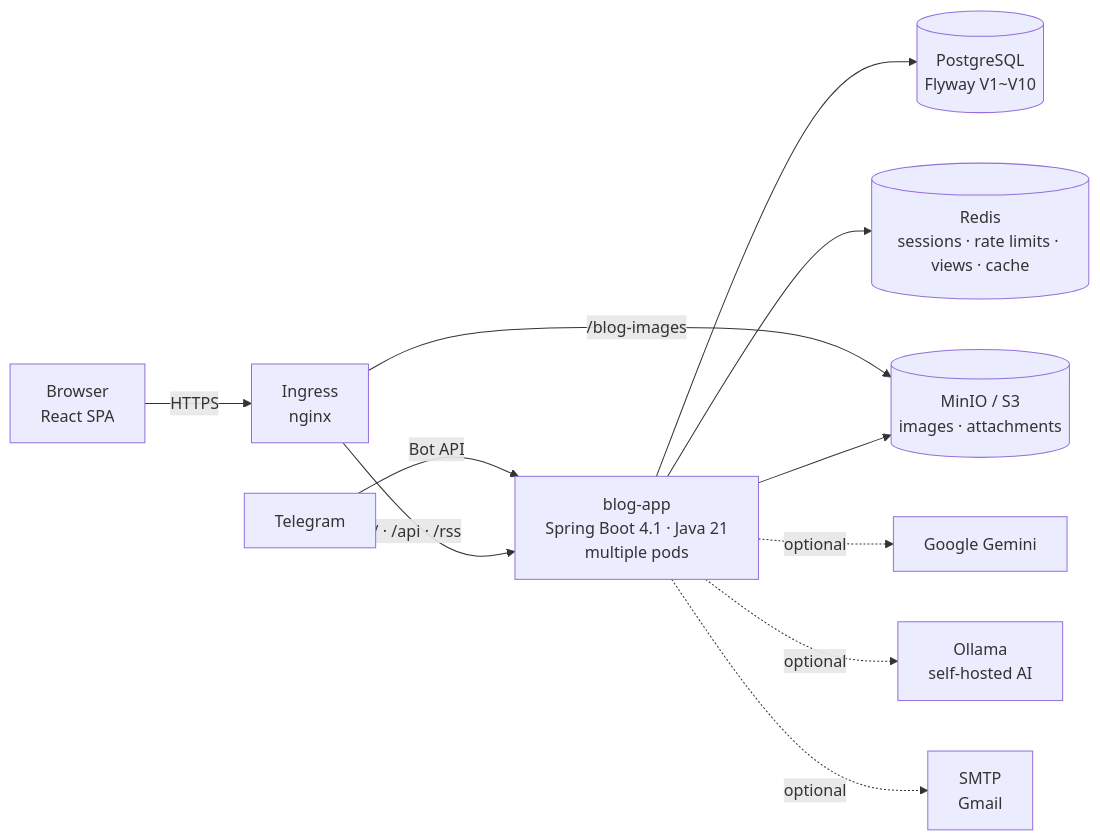
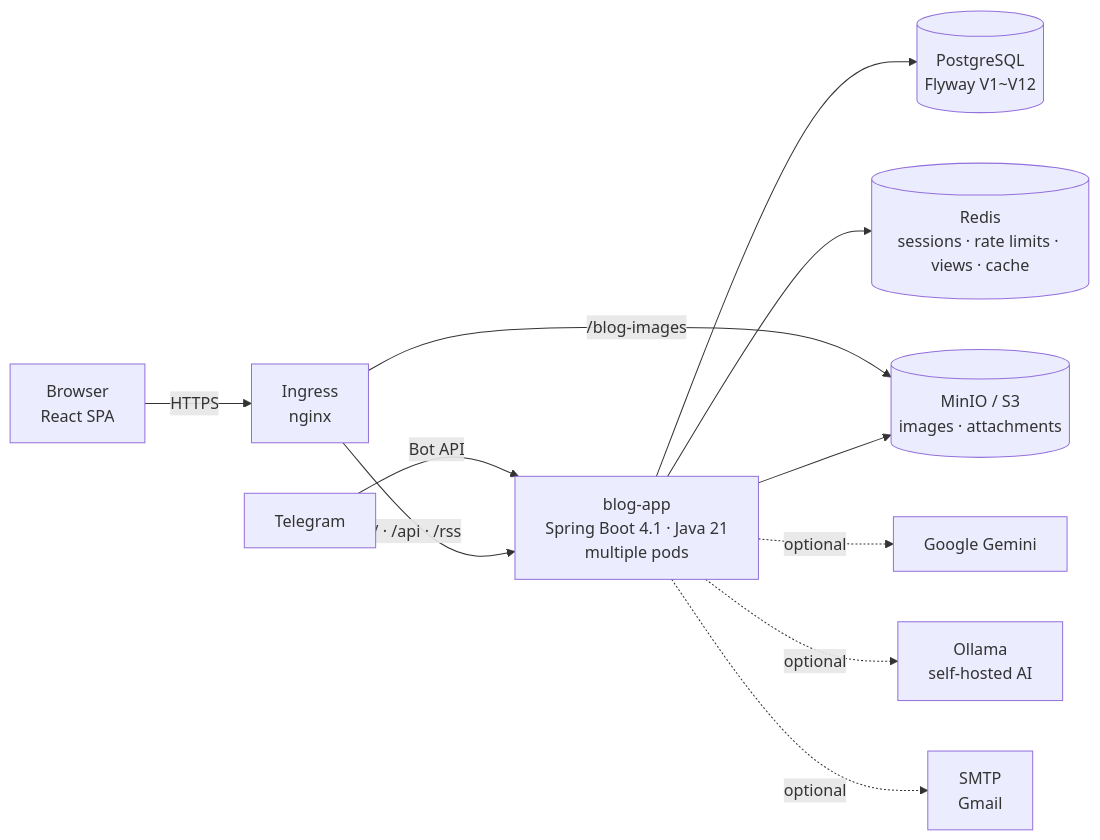
One commit to AIGJ-01-002-blog/Devlog changed the first of 3 diagrams in README.en.md. Above: the diagram before and after it, drawn with Mermaid. The commit also changed other lines of this file and 3 other files, not shown here.

````diff
--- a/README.en.md
+++ b/README.en.md
@@ -144,13 +144,13 @@
 ```mermaid
 flowchart LR
     B[Browser<br/>React SPA] -->|HTTPS| I[Ingress<br/>nginx]
     T[Telegram] -->|Bot API| A
     I -->|/ · /api · /rss| A[blog-app<br/>Spring Boot 4.1 · Java 21<br/>multiple pods]
     I -->|/blog-images| M[(MinIO / S3<br/>images · attachments)]
-    A --> P[(PostgreSQL<br/>Flyway V1~V10)]
+    A --> P[(PostgreSQL<br/>Flyway V1~V12)]
     A --> R[(Redis<br/>sessions · rate limits · views · cache)]
     A --> M
     A -.optional.-> G[Google Gemini]
     A -.optional.-> O[Ollama<br/>self-hosted AI]
     A -.optional.-> S[SMTP<br/>Gmail]
 ```
````
